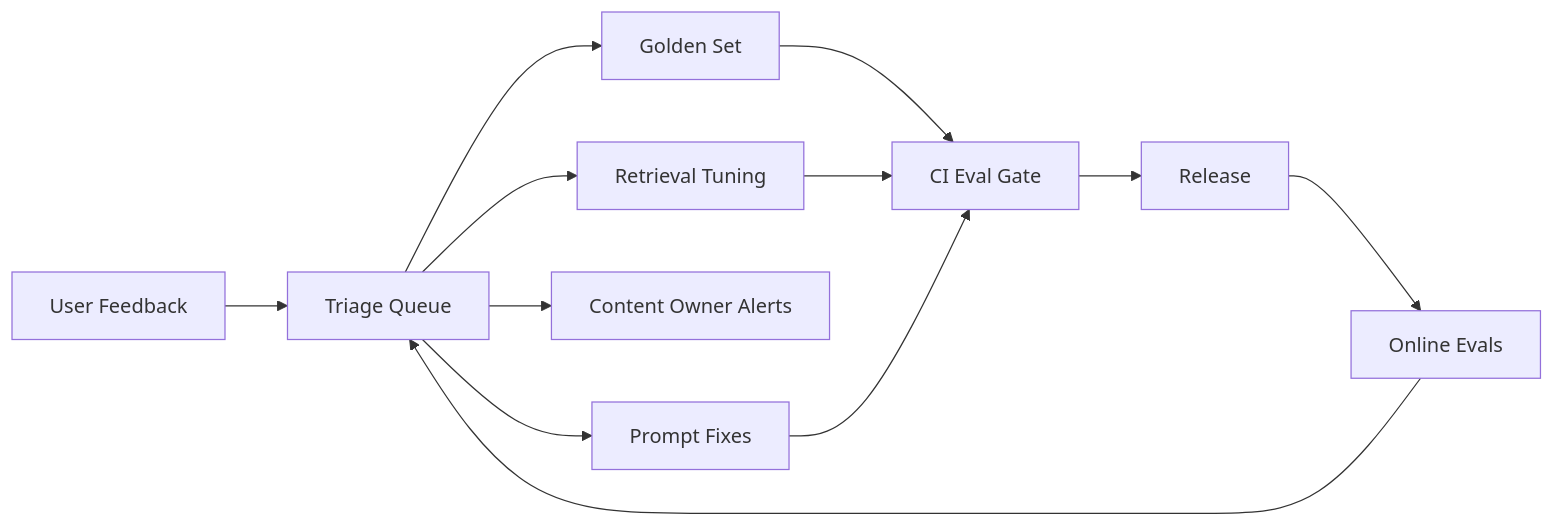
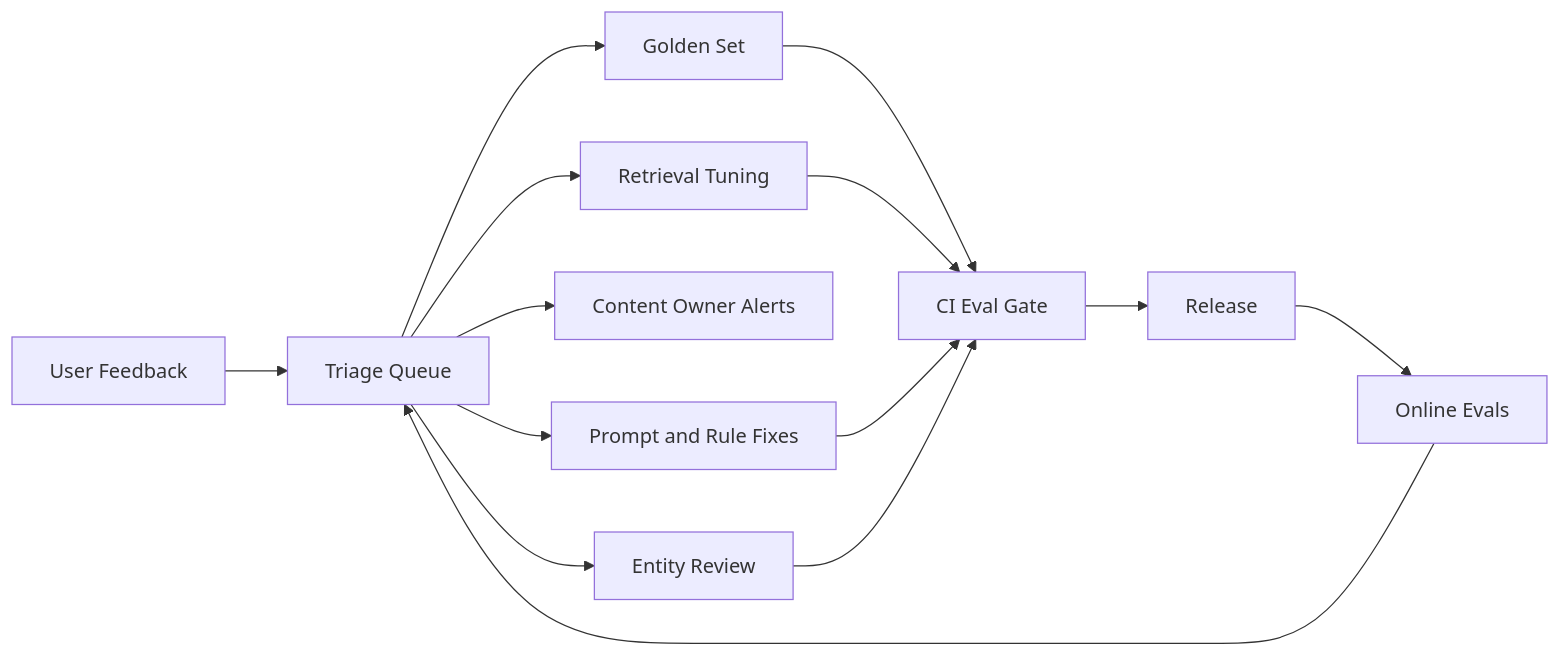
Diagram 11 of 11 in docs/design.md (hemach-git/EKRA), drawn with Mermaid before and after one commit. The commit also changed other lines of this file and 21 other files, not shown here.

````diff
--- a/docs/design.md
+++ b/docs/design.md
@@ -432,14 +1009,16 @@
 ```mermaid
 flowchart LR
   A[User Feedback] --> B[Triage Queue]
   B --> C[Golden Set]
   B --> D[Retrieval Tuning]
   B --> E[Content Owner Alerts]
-  B --> F[Prompt Fixes]
+  B --> F[Prompt and Rule Fixes]
+  B --> K[Entity Review]
   C --> G[CI Eval Gate]
   D --> G
   F --> G
+  K --> G
   G --> H[Release]
   H --> I[Online Evals]
   I --> B
 ```
````
